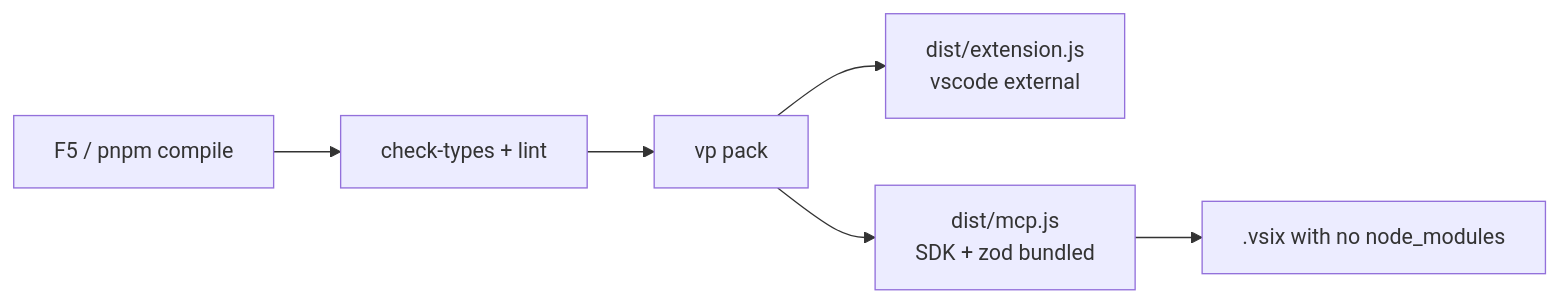
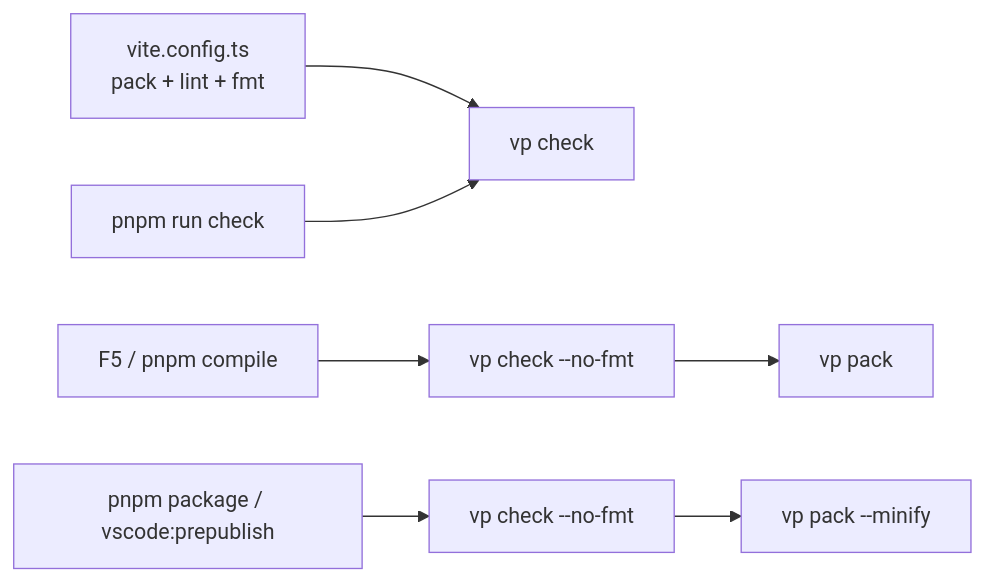
The diagram in blueprint/context/current-feature-overview.md (MarekBombera/cursor-design-extension), drawn with Mermaid before and after one commit. The commit also changed other lines of this file and 12 other files, not shown here.

````diff
--- a/blueprint/context/current-feature-overview.md
+++ b/blueprint/context/current-feature-overview.md
@@ -11,8 +14,7 @@
 ```mermaid
 flowchart LR
-  F5[F5 / pnpm compile] --> G[check-types + lint]
-  G --> P[vp pack]
-  P --> E[dist/extension.js<br/>vscode external]
-  P --> M[dist/mcp.js<br/>SDK + zod bundled]
-  M --> V[.vsix with no node_modules]
+  CFG[vite.config.ts<br/>pack + lint + fmt] --> VP[vp check]
+  F5[F5 / pnpm compile] --> C1["vp check --no-fmt"] --> P1[vp pack]
+  PKG[pnpm package / vscode:prepublish] --> C2["vp check --no-fmt"] --> P2["vp pack --minify"]
+  CHK[pnpm run check] --> VP
 ```
````
